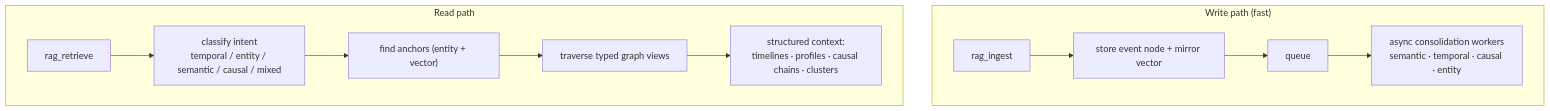
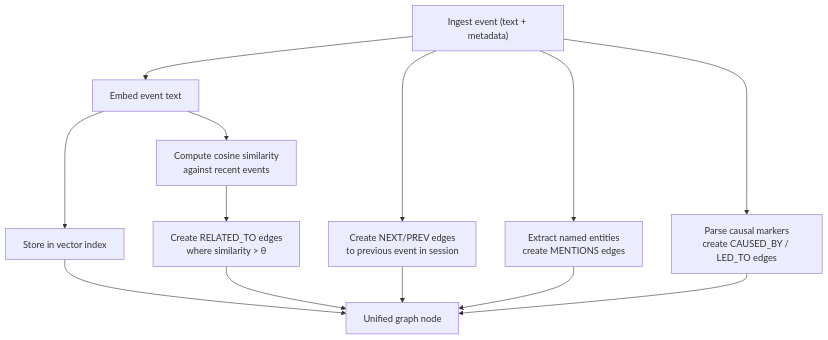
The eighth of 9 diagrams in content/manifold-memory-systems.md (intelligencedev/intelligence-web), drawn with Mermaid before and after one commit. The commit also changed other lines of this file, not shown here.

```diff
--- a/content/manifold-memory-systems.md
+++ b/content/manifold-memory-systems.md
@@ -312,13 +306,15 @@
 <pre class="mermaid">
 flowchart TD
-    subgraph Write["Write path (fast)"]
-      ING["rag_ingest"] --> EVN["store event node + mirror vector"] --> Q["queue"]
-      Q --> CON["async consolidation workers<br/>semantic · temporal · causal · entity"]
-    end
-    subgraph Read["Read path"]
-      QRY["rag_retrieve"] --> IC["classify intent<br/>temporal / entity / semantic / causal / mixed"]
-      IC --> AN["find anchors (entity + vector)"]
-      AN --> TRV["traverse typed graph views"]
-      TRV --> CTX["structured context:<br/>timelines · profiles · causal chains · clusters"]
-    end
+    I["Ingest event (text + metadata)"] --> EM["Embed event text"]
+    EM --> VS["Store in vector index"]
+    EM --> SIM["Compute cosine similarity<br/>against recent events"]
+    SIM --> SE["Create RELATED_TO edges<br/>where similarity > θ"]
+    I --> TE["Create NEXT/PREV edges<br/>to previous event in session"]
+    I --> EE["Extract named entities<br/>create MENTIONS edges"]
+    I --> CE["Parse causal markers<br/>create CAUSED_BY / LED_TO edges"]
+    VS --> NODE["Unified graph node"]
+    SE --> NODE
+    TE --> NODE
+    EE --> NODE
+    CE --> NODE
 </pre>
```
